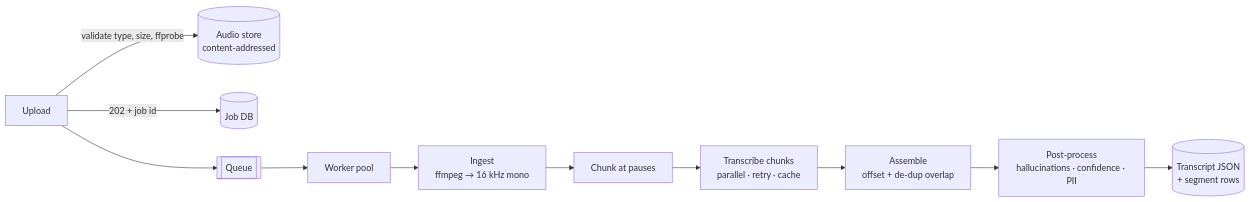
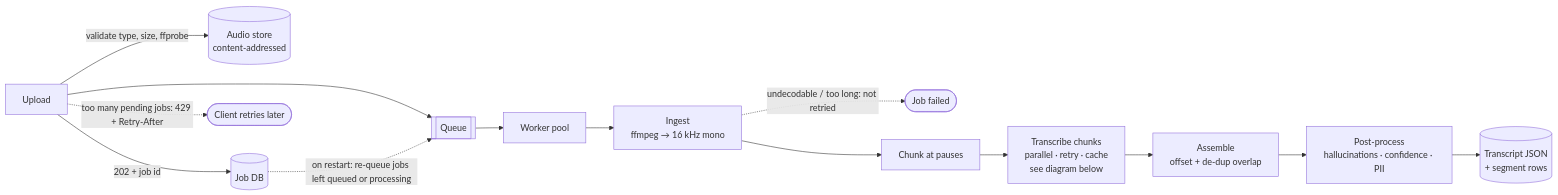
One commit to hassanmahmood05/Audio-Decoder changed the first of 2 diagrams in README.md. Above: the diagram before and after it, drawn with Mermaid. The commit also changed other lines of this file, not shown here.

Commit message:
chore: updated architecture diagram with retry logic

````diff
--- a/README.md
+++ b/README.md
@@ -122,13 +122,16 @@
 ```mermaid
 flowchart LR
     A[Upload] -->|validate type, size, ffprobe| B[(Audio store<br/>content-addressed)]
     A -->|202 + job id| C[(Job DB)]
+    A -.->|"too many pending jobs: 429 + Retry-After"| X429([Client retries later])
     A --> Q[[Queue]]
     Q --> W[Worker pool]
     W --> I[Ingest<br/>ffmpeg → 16 kHz mono]
+    I -.->|"undecodable / too long: not retried"| JF([Job failed])
     I --> K[Chunk at pauses]
-    K --> T[Transcribe chunks<br/>parallel · retry · cache]
+    K --> T[Transcribe chunks<br/>parallel · retry · cache<br/>see diagram below]
     T --> M[Assemble<br/>offset + de-dup overlap]
     M --> P[Post-process<br/>hallucinations · confidence · PII]
     P --> R[(Transcript JSON<br/>+ segment rows)]
+    C -.->|"on restart: re-queue jobs left queued or processing"| Q
 ```
````
